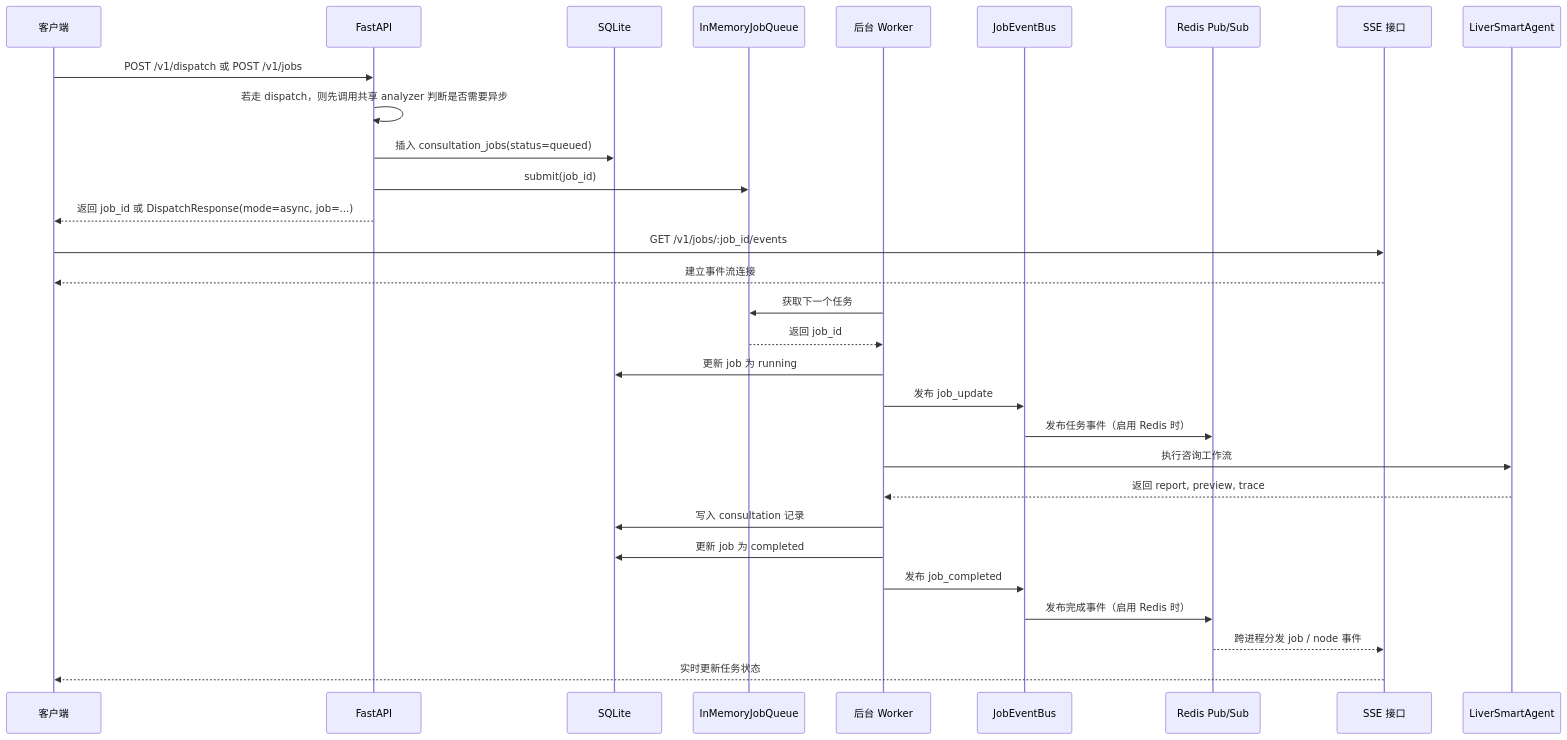
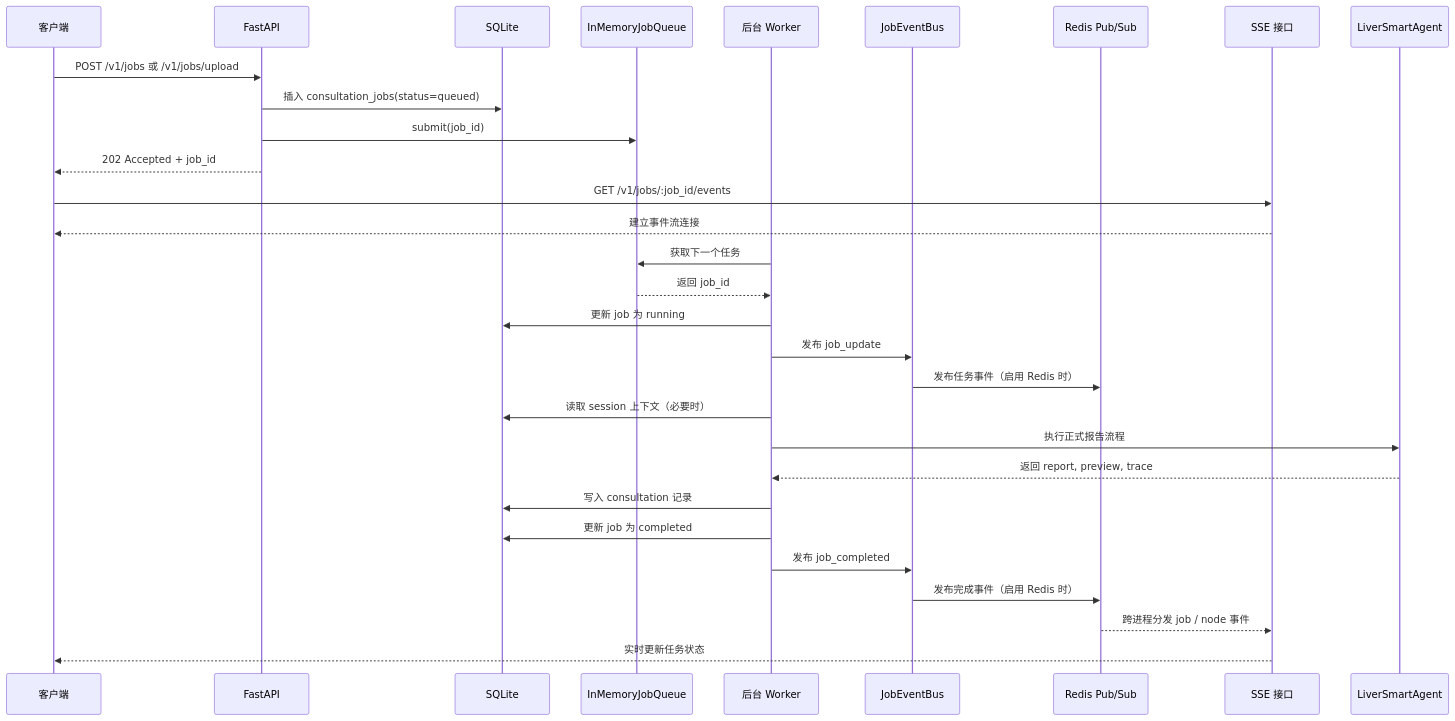
The fourth of 8 diagrams in docs/backend_architecture.md (jiliguluhua/liver_rag), drawn with Mermaid before and after one commit. The commit also changed other lines of this file, not shown here.

````diff
--- a/docs/backend_architecture.md
+++ b/docs/backend_architecture.md
@@ -105,36 +107,38 @@
 ```mermaid
 sequenceDiagram
     participant Client as 客户端
     participant API as FastAPI
     participant DB as SQLite
     participant Queue as InMemoryJobQueue
     participant Worker as 后台 Worker
     participant Bus as JobEventBus
     participant Redis as Redis Pub/Sub
     participant SSE as SSE 接口
     participant Agent as LiverSmartAgent
 
-    Client->>API: POST /v1/dispatch 或 POST /v1/jobs
-    API->>API: 若走 dispatch，则先调用共享 analyzer 判断是否需要异步
+    Client->>API: POST /v1/jobs 或 /v1/jobs/upload
     API->>DB: 插入 consultation_jobs(status=queued)
     API->>Queue: submit(job_id)
-    API-->>Client: 返回 job_id 或 DispatchResponse(mode=async, job=...)
-
+    API-->>Client: 202 Accepted + job_id
 
     Client->>SSE: GET /v1/jobs/:job_id/events
     SSE-->>Client: 建立事件流连接
 
     Worker->>Queue: 获取下一个任务
     Queue-->>Worker: 返回 job_id
     Worker->>DB: 更新 job 为 running
     Worker->>Bus: 发布 job_update
     Bus->>Redis: 发布任务事件（启用 Redis 时）
-    Worker->>Agent: 执行咨询工作流
+
+    Worker->>DB: 读取 session 上下文（必要时）
+    Worker->>Agent: 执行正式报告流程
     Agent-->>Worker: 返回 report, preview, trace
+
     Worker->>DB: 写入 consultation 记录
     Worker->>DB: 更新 job 为 completed
     Worker->>Bus: 发布 job_completed
     Bus->>Redis: 发布完成事件（启用 Redis 时）
+
     Redis-->>SSE: 跨进程分发 job / node 事件
     SSE-->>Client: 实时更新任务状态
 ```
````
